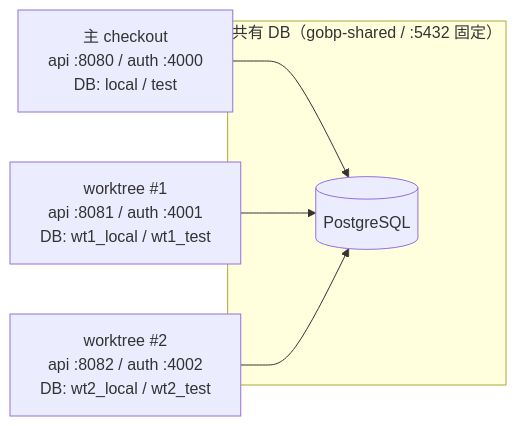
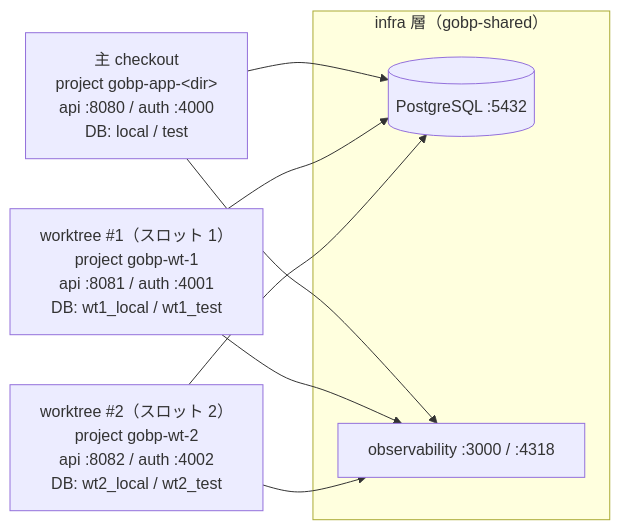
One commit to Tomy-ch/go-boilerplate changed the second of 2 diagrams in docs/ja/maintenance/local-environment.ja.md. Above: the diagram before and after it, drawn with Mermaid. The commit also changed other lines of this file and 9 other files, not shown here.

````diff
--- a/docs/ja/maintenance/local-environment.ja.md
+++ b/docs/ja/maintenance/local-environment.ja.md
@@ -79,9 +111,17 @@
 ```mermaid
 graph LR
-  subgraph shared["共有 DB（gobp-shared / :5432 固定）"]
-    pg[("PostgreSQL")]
+  subgraph shared["infra 層（gobp-shared）"]
+    pg[("PostgreSQL :5432")]
+    obs["observability :3000 / :4318"]
   end
-  main["主 checkout<br/>api :8080 / auth :4000<br/>DB: local / test"] --> pg
-  wt1["worktree #1<br/>api :8081 / auth :4001<br/>DB: wt1_local / wt1_test"] --> pg
-  wt2["worktree #2<br/>api :8082 / auth :4002<br/>DB: wt2_local / wt2_test"] --> pg
+  main["主 checkout<br/>project gobp-app-&lt;dir&gt;<br/>api :8080 / auth :4000<br/>DB: local / test"]
+  wt1["worktree #1（スロット 1）<br/>project gobp-wt-1<br/>api :8081 / auth :4001<br/>DB: wt1_local / wt1_test"]
+  wt2["worktree #2（スロット 2）<br/>project gobp-wt-2<br/>api :8082 / auth :4002<br/>DB: wt2_local / wt2_test"]
+
+  main --> pg
+  wt1 --> pg
+  wt2 --> pg
+  main --> obs
+  wt1 --> obs
+  wt2 --> obs
 ```
````
